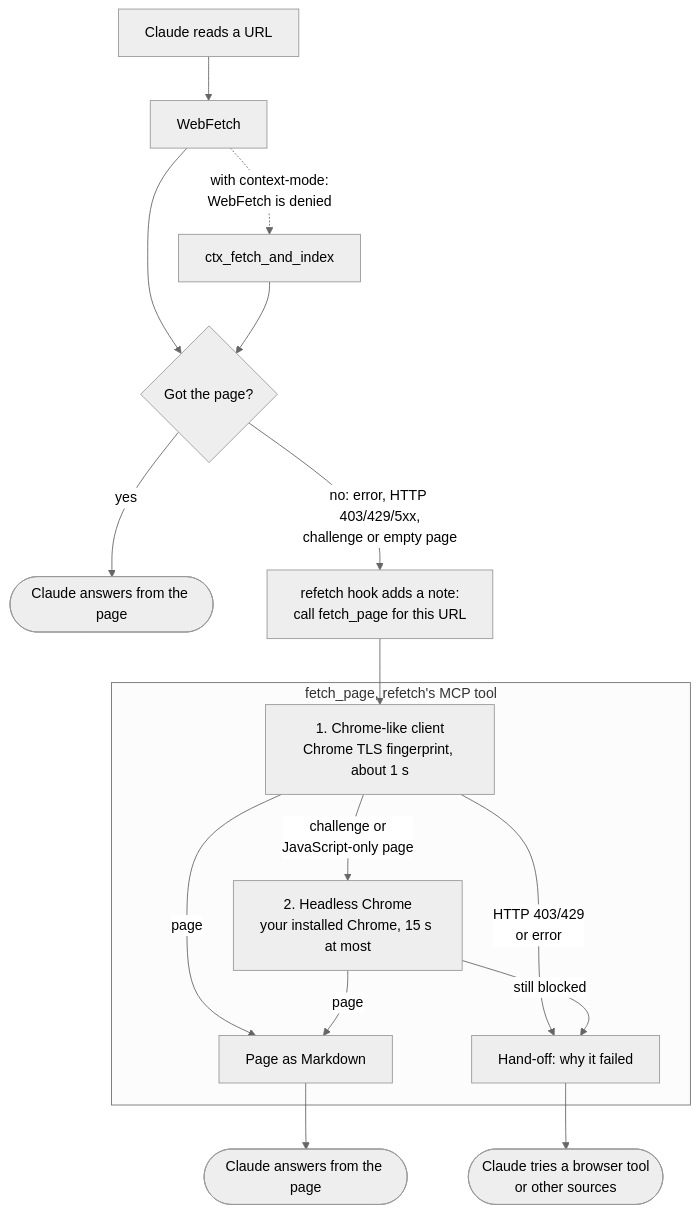
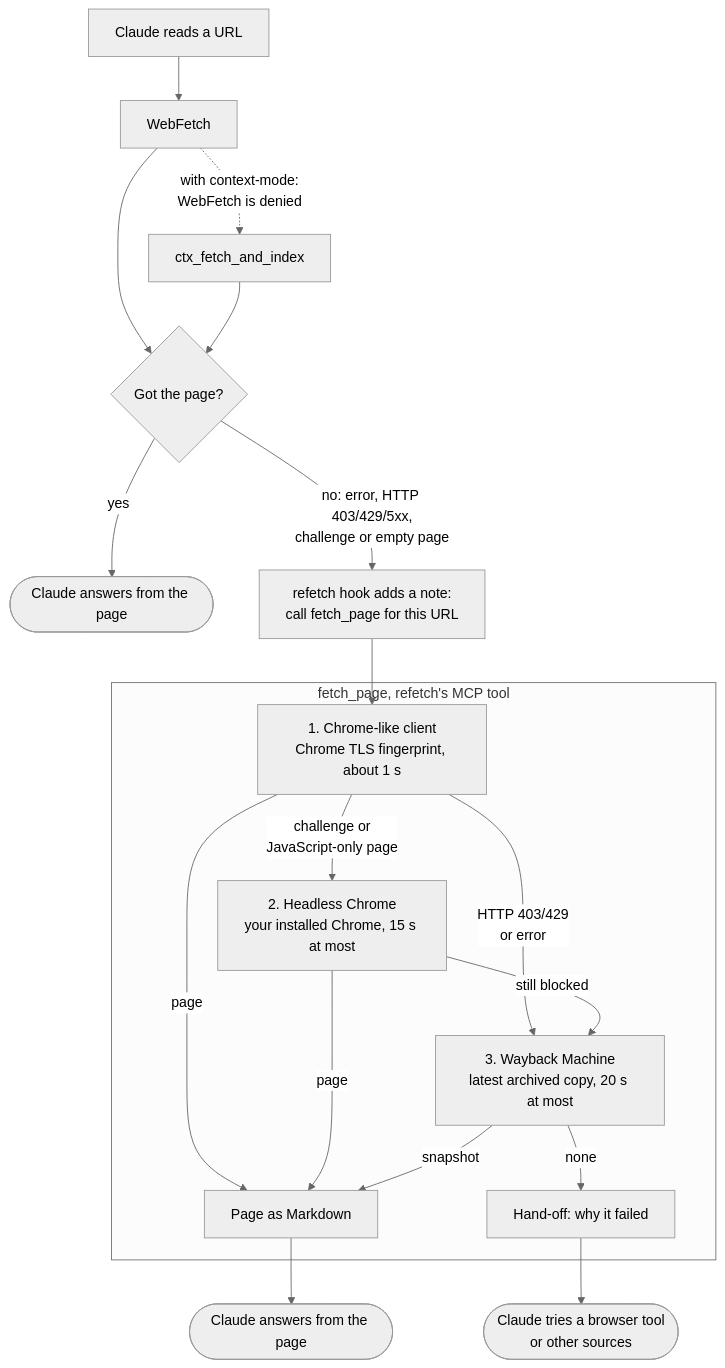
The diagram in README.md (samgozman/refetch), drawn with Mermaid (neutral theme) before and after one commit. The commit also changed other lines of this file and 28 other files, not shown here.

Commit message:
feat: read archived copies of failed pages, Bloomberg articles and Cloudflare-protected pages (#14)

````diff
--- a/README.md
+++ b/README.md
@@ -109,22 +110,24 @@
 ```mermaid
 flowchart TD
     Claude["Claude reads a URL"] --> WebFetch["WebFetch"]
     WebFetch -. "with context-mode:<br/>WebFetch is denied" .-> Ctx["ctx_fetch_and_index"]
     WebFetch --> Read{"Got the page?"}
     Ctx --> Read
     Read -- "yes" --> Done(["Claude answers from the page"])
     Read -- "no: error, HTTP 403/429/5xx,<br/>challenge or empty page" --> Hook["refetch hook adds a note:<br/>call fetch_page for this URL"]
     Hook --> Client
 
     subgraph FetchPage ["fetch_page, refetch's MCP tool"]
         Client["1. Chrome-like client<br/>Chrome TLS fingerprint, about 1 s"]
         Client -- "challenge or<br/>JavaScript-only page" --> Headless["2. Headless Chrome<br/>your installed Chrome, 15 s at most"]
         Client -- "page" --> Text["Page as Markdown"]
         Headless -- "page" --> Text
-        Client -- "HTTP 403/429<br/>or error" --> Handoff["Hand-off: why it failed"]
-        Headless -- "still blocked" --> Handoff
+        Client -- "HTTP 403/429<br/>or error" --> Wayback["3. Wayback Machine<br/>latest archived copy, 20 s at most"]
+        Headless -- "still blocked" --> Wayback
+        Wayback -- "snapshot" --> Text
+        Wayback -- "none" --> Handoff["Hand-off: why it failed"]
     end
 
     Text --> Rescued(["Claude answers from the page"])
     Handoff --> Other(["Claude tries a browser tool<br/>or other sources"])
 ```
````
